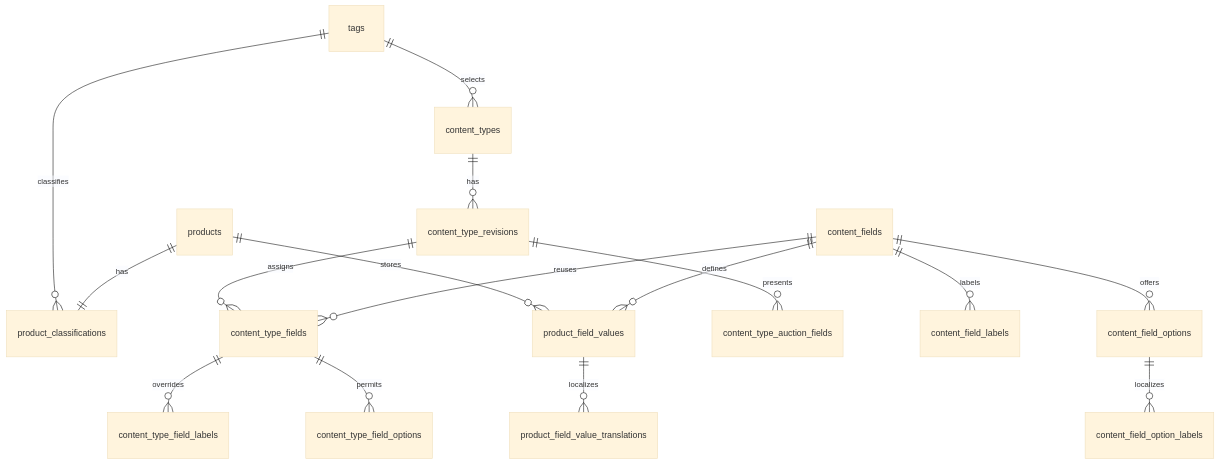
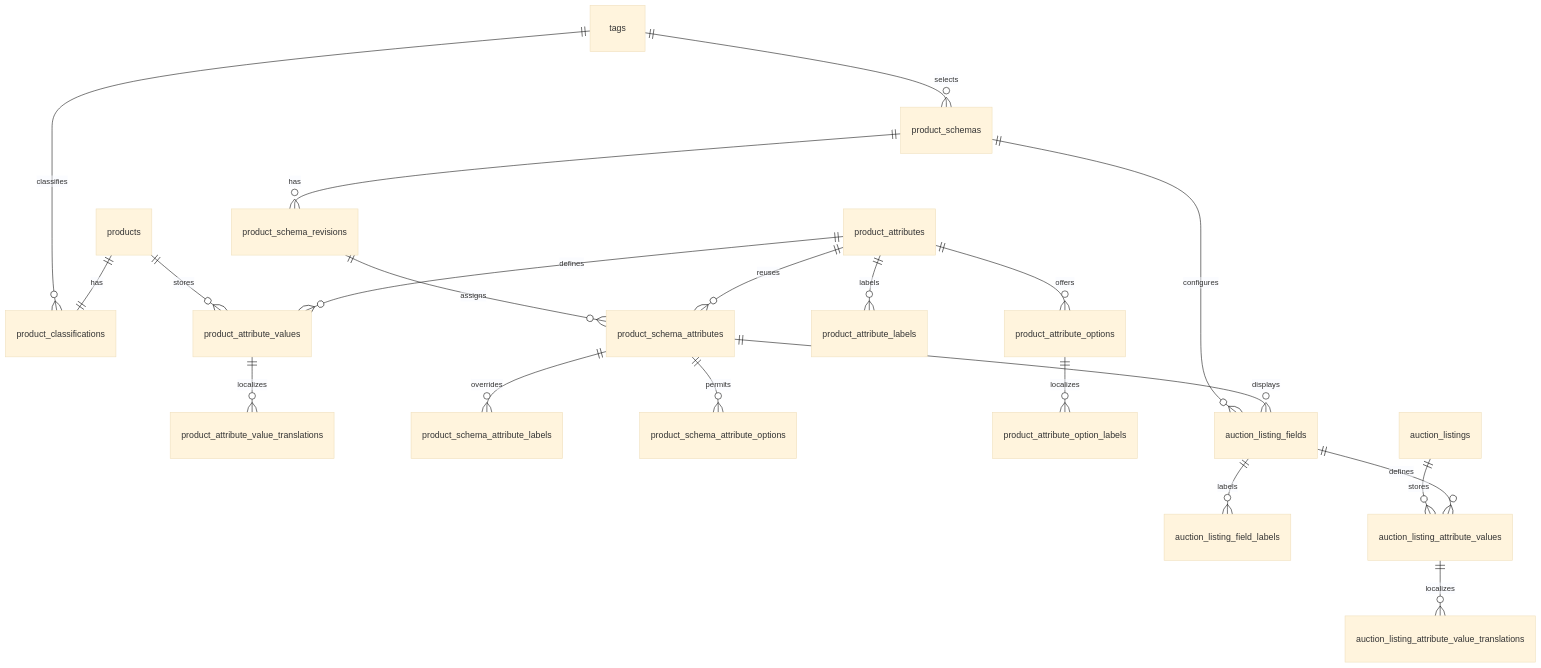
One commit to potzchan6969/grade10-spec changed the diagram in openspec/changes/add-inventory-product-content-types/tech-design.md. Above: the diagram before and after it, drawn with Mermaid (base theme). The commit also changed other lines of this file and 5 other files, not shown here.

Commit message:
feat(inventory): separate auction listing attributes

````diff
--- a/openspec/changes/add-inventory-product-content-types/tech-design.md
+++ b/openspec/changes/add-inventory-product-content-types/tech-design.md
@@ -156,20 +172,26 @@
 ```mermaid
 erDiagram
   tags ||--o{ product_classifications : classifies
   products ||--|| product_classifications : has
-  products ||--o{ product_field_values : stores
-  content_fields ||--o{ product_field_values : defines
-  product_field_values ||--o{ product_field_value_translations : localizes
+  products ||--o{ product_attribute_values : stores
+  product_attributes ||--o{ product_attribute_values : defines
+  product_attribute_values ||--o{ product_attribute_value_translations : localizes
 
-  tags ||--o{ content_types : selects
-  content_types ||--o{ content_type_revisions : has
-  content_type_revisions ||--o{ content_type_fields : assigns
-  content_fields ||--o{ content_type_fields : reuses
-  content_type_fields ||--o{ content_type_field_labels : overrides
-  content_type_fields ||--o{ content_type_field_options : permits
-  content_type_revisions ||--o{ content_type_auction_fields : presents
+  tags ||--o{ product_schemas : selects
+  product_schemas ||--o{ product_schema_revisions : has
+  product_schema_revisions ||--o{ product_schema_attributes : assigns
+  product_attributes ||--o{ product_schema_attributes : reuses
+  product_schema_attributes ||--o{ product_schema_attribute_labels : overrides
+  product_schema_attributes ||--o{ product_schema_attribute_options : permits
 
-  content_fields ||--o{ content_field_labels : labels
-  content_fields ||--o{ content_field_options : offers
-  content_field_options ||--o{ content_field_option_labels : localizes
+  product_attributes ||--o{ product_attribute_labels : labels
+  product_attributes ||--o{ product_attribute_options : offers
+  product_attribute_options ||--o{ product_attribute_option_labels : localizes
+
+  product_schemas ||--o{ auction_listing_fields : configures
+  product_schema_attributes ||--o{ auction_listing_fields : displays
+  auction_listing_fields ||--o{ auction_listing_field_labels : labels
+  auction_listings ||--o{ auction_listing_attribute_values : stores
+  auction_listing_fields ||--o{ auction_listing_attribute_values : defines
+  auction_listing_attribute_values ||--o{ auction_listing_attribute_value_translations : localizes
 ```
````
